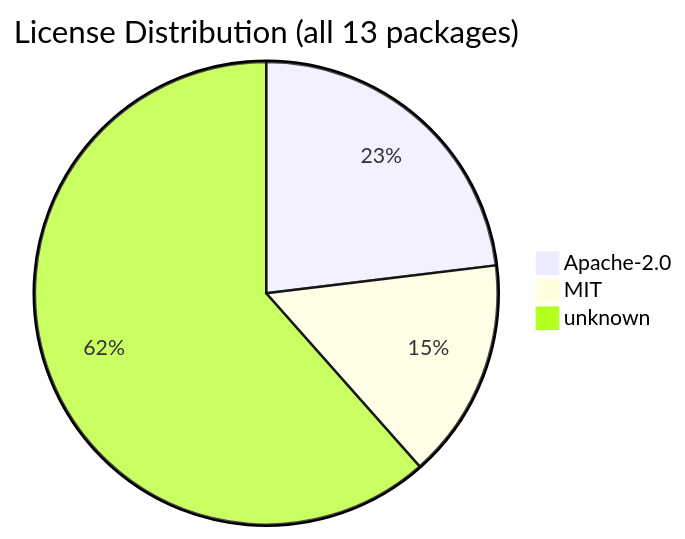
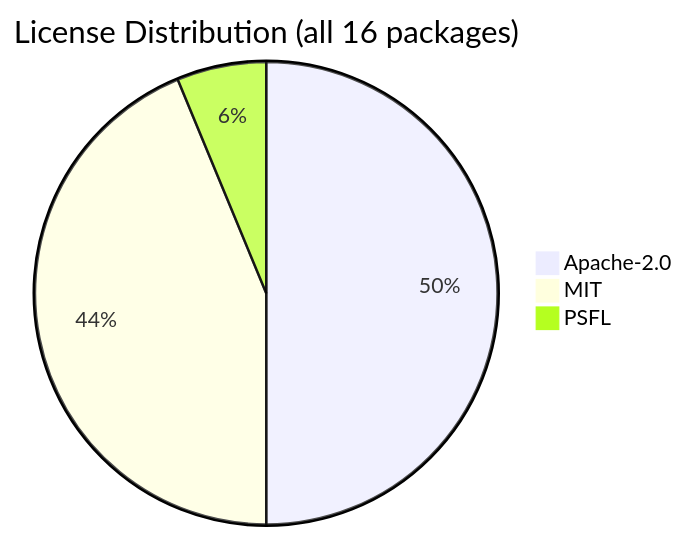
Before and after one commit to svenroth-ai/shipwright: the diagram in .shipwright/compliance/sbom.md, drawn with Mermaid. The commit also changed other lines of this file and 286 other files, not shown here.

````diff
--- a/.shipwright/compliance/sbom.md
+++ b/.shipwright/compliance/sbom.md
@@ -20,6 +20,6 @@
 ```mermaid
-pie title License Distribution (all 13 packages)
-    "Apache-2.0" : 3
-    "MIT" : 2
-    "unknown" : 8
+pie title License Distribution (all 16 packages)
+    "Apache-2.0" : 8
+    "MIT" : 7
+    "PSFL" : 1
 ```
````
